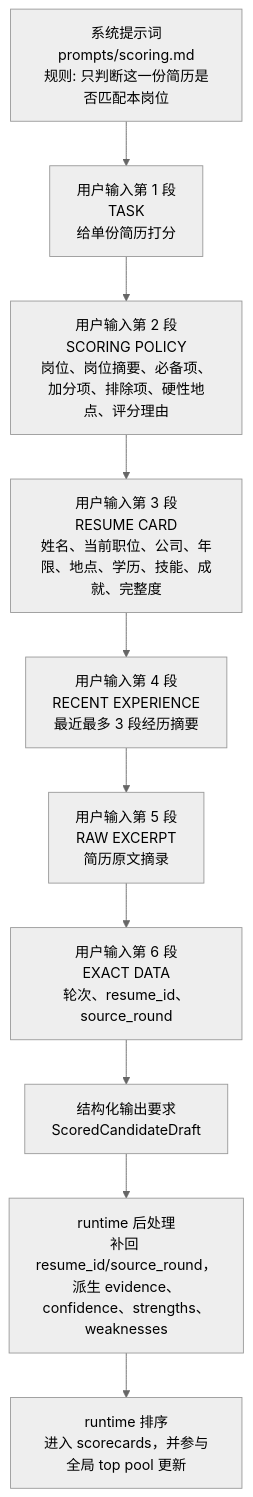
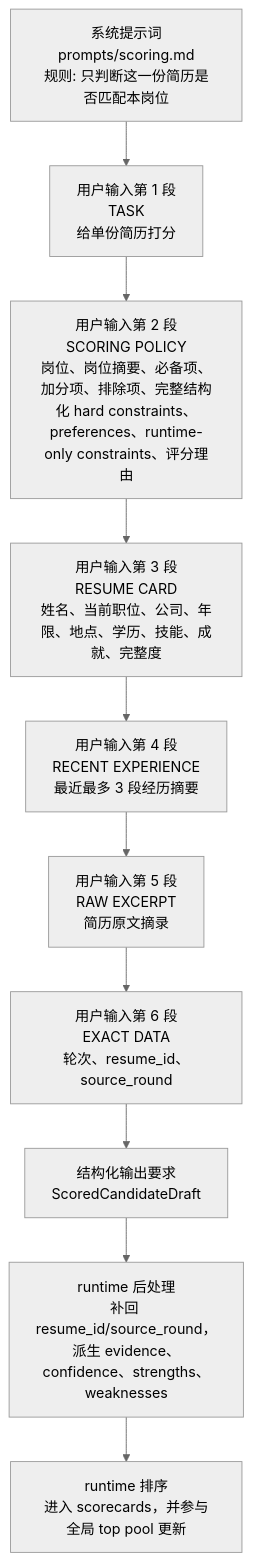
The fourth of 10 diagrams in docs/llm-context-composition.zh-CN.md (FrankQDWang/cv-match), drawn with Mermaid (neutral theme) before and after one commit. The commit also changed other lines of this file and 1 other file, not shown here.

````diff
--- a/docs/llm-context-composition.zh-CN.md
+++ b/docs/llm-context-composition.zh-CN.md
@@ -84,12 +84,12 @@
 ```mermaid
 flowchart TD
     A["系统提示词<br/>prompts/scoring.md<br/>规则: 只判断这一份简历是否匹配本岗位"] --> B["用户输入第 1 段<br/>TASK<br/>给单份简历打分"]
-    B --> C["用户输入第 2 段<br/>SCORING POLICY<br/>岗位、岗位摘要、必备项、加分项、排除项、硬性地点、评分理由"]
+    B --> C["用户输入第 2 段<br/>SCORING POLICY<br/>岗位、岗位摘要、必备项、加分项、排除项、完整结构化 hard constraints、preferences、runtime-only constraints、评分理由"]
     C --> D["用户输入第 3 段<br/>RESUME CARD<br/>姓名、当前职位、公司、年限、地点、学历、技能、成就、完整度"]
     D --> E["用户输入第 4 段<br/>RECENT EXPERIENCE<br/>最近最多 3 段经历摘要"]
     E --> F["用户输入第 5 段<br/>RAW EXCERPT<br/>简历原文摘录"]
     F --> G["用户输入第 6 段<br/>EXACT DATA<br/>轮次、resume_id、source_round"]
     G --> H["结构化输出要求<br/>ScoredCandidateDraft"]
     H --> I["runtime 后处理<br/>补回 resume_id/source_round，派生 evidence、confidence、strengths、weaknesses"]
     I --> J["runtime 排序<br/>进入 scorecards，并参与全局 top pool 更新"]
 ```
````
